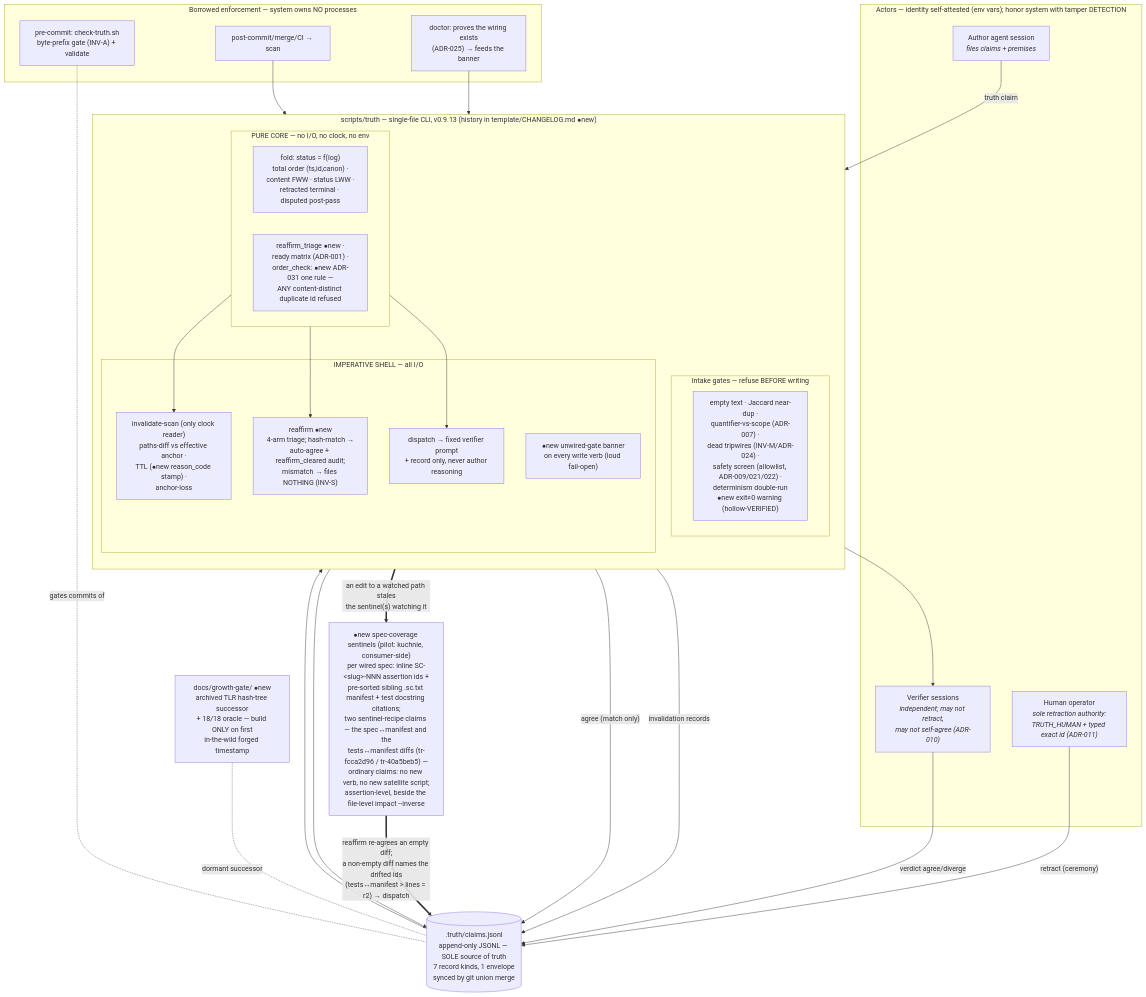
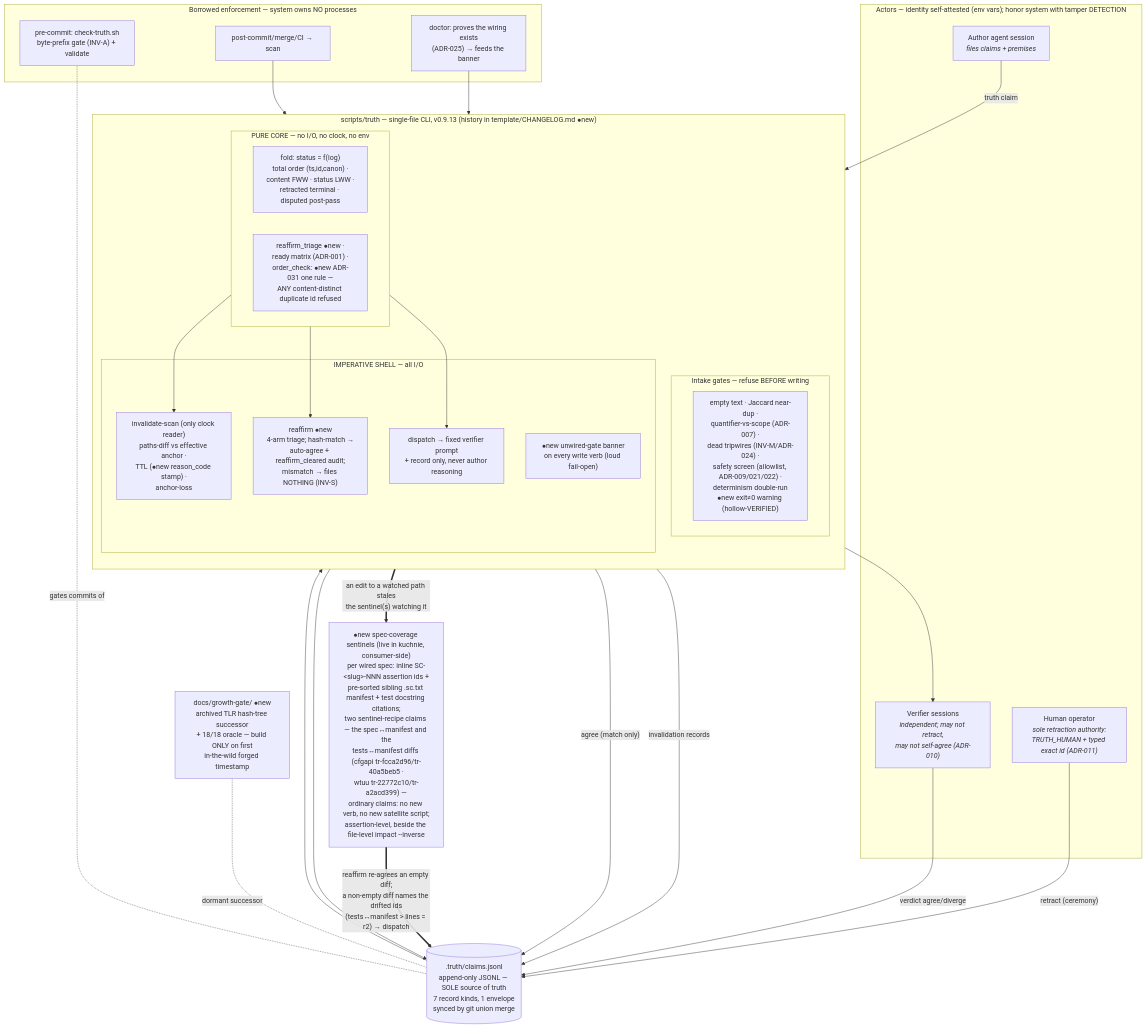
One commit to m1981/truth-ledger changed the first of 3 diagrams in docs/diagrams/asbuilt-architecture.md. Above: the diagram before and after it, drawn with Mermaid. The commit also changed other lines of this file and 10 other files, not shown here.

````diff
--- a/docs/diagrams/asbuilt-architecture.md
+++ b/docs/diagrams/asbuilt-architecture.md
@@ -14,52 +14,52 @@
 ```mermaid
 flowchart TB
   subgraph ACTORS["Actors — identity self-attested (env vars); honor system with tamper DETECTION"]
     AA["Author agent session<br/><i>files claims + premises</i>"]
     VS["Verifier sessions<br/><i>independent; may not retract,<br/>may not self-agree (ADR-010)</i>"]
     HU["Human operator<br/><i>sole retraction authority:<br/>TRUTH_HUMAN + typed exact id (ADR-011)</i>"]
   end
 
   subgraph CLI["scripts/truth — single-file CLI, v0.9.13 (history in template/CHANGELOG.md ●new)"]
     direction TB
     subgraph GATES["Intake gates — refuse BEFORE writing"]
       G["empty text · Jaccard near-dup ·<br/>quantifier-vs-scope (ADR-007) ·<br/>dead tripwires (INV-M/ADR-024) ·<br/>safety screen (allowlist, ADR-009/021/022) ·<br/>determinism double-run<br/>●new exit≠0 warning (hollow-VERIFIED)"]
     end
     subgraph CORE["PURE CORE — no I/O, no clock, no env"]
       F["fold: status = f(log)<br/>total order (ts,id,canon) ·<br/>content FWW · status LWW ·<br/>retracted terminal · disputed post-pass"]
       T["reaffirm_triage ●new ·<br/>ready matrix (ADR-001) ·<br/>order_check: ●new ADR-031 one rule —<br/>ANY content-distinct duplicate id refused"]
     end
     subgraph SHELL["IMPERATIVE SHELL — all I/O"]
       SC["invalidate-scan (only clock reader)<br/>paths-diff vs effective anchor ·<br/>TTL (●new reason_code stamp) ·<br/>anchor-loss"]
       RA["reaffirm ●new<br/>4-arm triage; hash-match →<br/>auto-agree + reaffirm_cleared audit;<br/>mismatch → files NOTHING (INV-S)"]
       DI["dispatch → fixed verifier prompt<br/>+ record only, never author reasoning"]
       BA["●new unwired-gate banner<br/>on every write verb (loud fail-open)"]
     end
   end
 
   LEDGER[(".truth/claims.jsonl<br/>append-only JSONL — SOLE source of truth<br/>7 record kinds, 1 envelope<br/>synced by git union merge")]
 
   subgraph HOST["Borrowed enforcement — system owns NO processes"]
     PC["pre-commit: check-truth.sh<br/>byte-prefix gate (INV-A) + validate"]
     PM["post-commit/merge/CI → scan"]
     DR["doctor: proves the wiring exists<br/>(ADR-025) → feeds the banner"]
   end
 
   GG["docs/growth-gate/ ●new<br/>archived TLR hash-tree successor<br/>+ 18/18 oracle — build ONLY on first<br/>in-the-wild forged timestamp"]
 
-  SPCOV["●new spec-coverage sentinels (pilot: kuchnie, consumer-side)<br/>per wired spec: inline SC-&lt;slug&gt;-NNN assertion ids +<br/>pre-sorted sibling .sc.txt manifest + test docstring citations;<br/>two sentinel-recipe claims — the spec↔manifest and the<br/>tests↔manifest diffs (tr-fcca2d96 / tr-40a5beb5) —<br/>ordinary claims: no new verb, no new satellite script;<br/>assertion-level, beside the file-level impact --inverse"]
+  SPCOV["●new spec-coverage sentinels (live in kuchnie, consumer-side)<br/>per wired spec: inline SC-&lt;slug&gt;-NNN assertion ids +<br/>pre-sorted sibling .sc.txt manifest + test docstring citations;<br/>two sentinel-recipe claims — the spec↔manifest and the<br/>tests↔manifest diffs (cfgapi tr-fcca2d96/tr-40a5beb5 ·<br/>wtuu tr-22772c10/tr-a2acd399) —<br/>ordinary claims: no new verb, no new satellite script;<br/>assertion-level, beside the file-level impact --inverse"]
 
   AA -->|"truth claim"| GATES --> LEDGER
   HU -->|"retract (ceremony)"| LEDGER
   VS -->|"verdict agree/diverge"| LEDGER
   DI --> VS
   LEDGER --> CORE
   CORE --> SC & RA & DI
   SC -->|"invalidation records"| LEDGER
   RA -->|"agree (match only)"| LEDGER
   PC -.gates commits of.- LEDGER
   PM --> SC
   DR --> BA
   GG -.dormant successor.- LEDGER
   SC ==>|"an edit to a watched path stales<br/>the sentinel(s) watching it"| SPCOV
   SPCOV ==>|"reaffirm re-agrees an empty diff;<br/>a non-empty diff names the drifted ids<br/>(tests↔manifest &gt; lines = r2) → dispatch"| LEDGER
 ```
````
